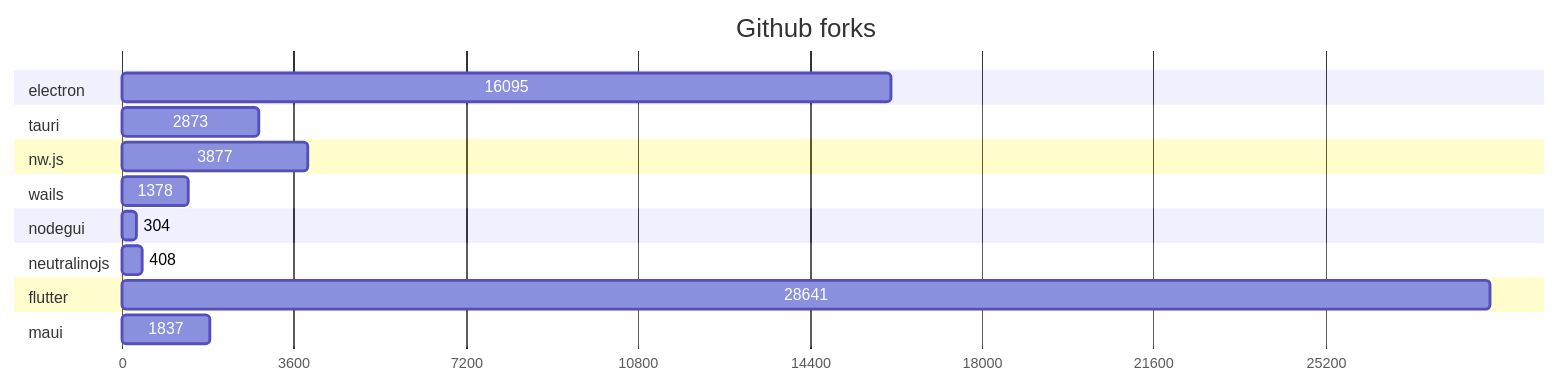
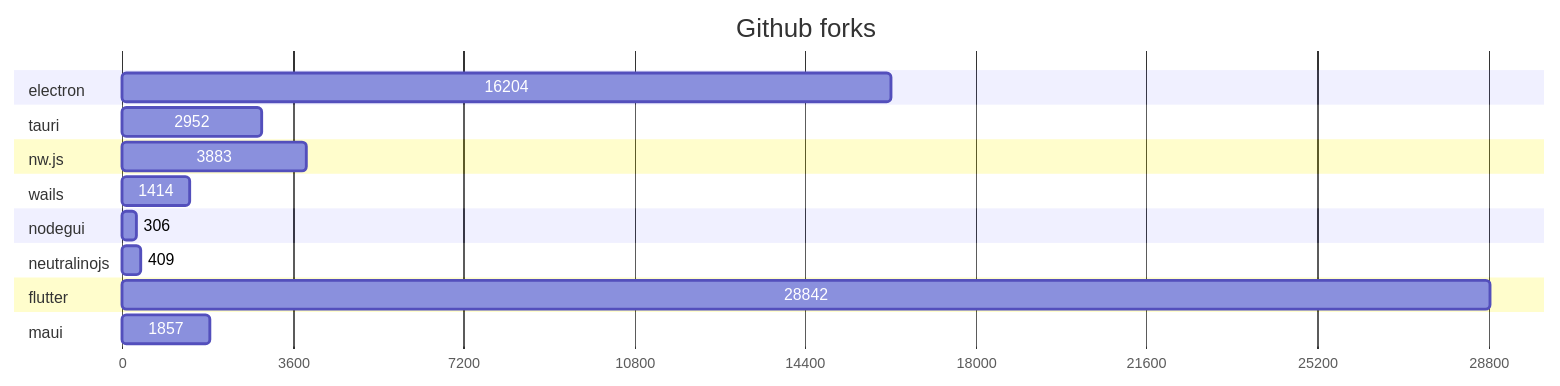
The second of 2 diagrams in GRAPHS.md (Elanis/web-to-desktop-framework-comparison), drawn with Mermaid before and after one commit. The commit also changed other lines of this file and 2 other files, not shown here.

Commit message:
Update stars & Fork

````diff
--- a/GRAPHS.md
+++ b/GRAPHS.md
@@ -47,40 +47,40 @@
 ```mermaid
 gantt
     title Github forks
     dateFormat  X
     axisFormat %s
 
 
 	section electron
-	16095 : 0, 16095
+	16204 : 0, 16204
 
 	
 	section tauri
-	2873 : 0, 2873
+	2952 : 0, 2952
 
 	
 	section nw.js
-	3877 : 0, 3877
+	3883 : 0, 3883
 
 	
 	section wails
-	1378 : 0, 1378
+	1414 : 0, 1414
 
 	
 	section nodegui
-	304 : 0, 304
+	306 : 0, 306
 
 	
 	section neutralinojs
-	408 : 0, 408
+	409 : 0, 409
 
 	
 	section flutter
-	28641 : 0, 28641
+	28842 : 0, 28842
 
 	
 	section maui
-	1837 : 0, 1837
+	1857 : 0, 1857
 
 	
 ```
````
